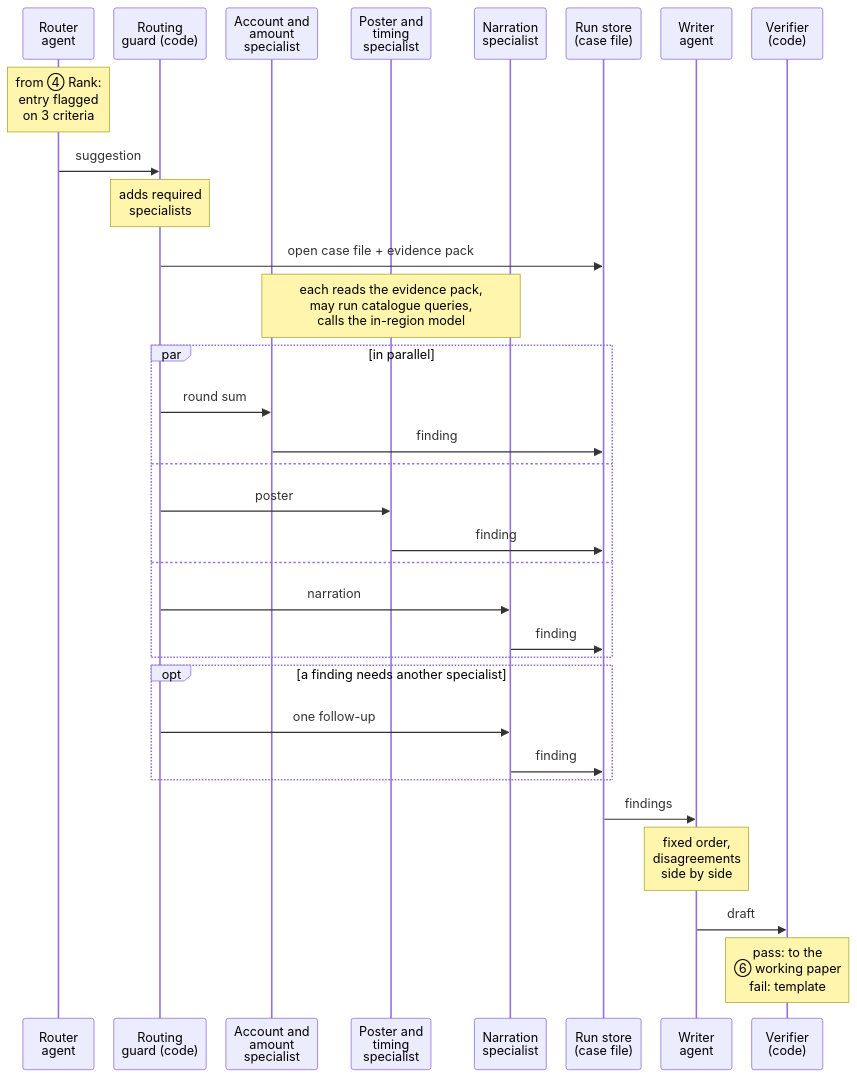
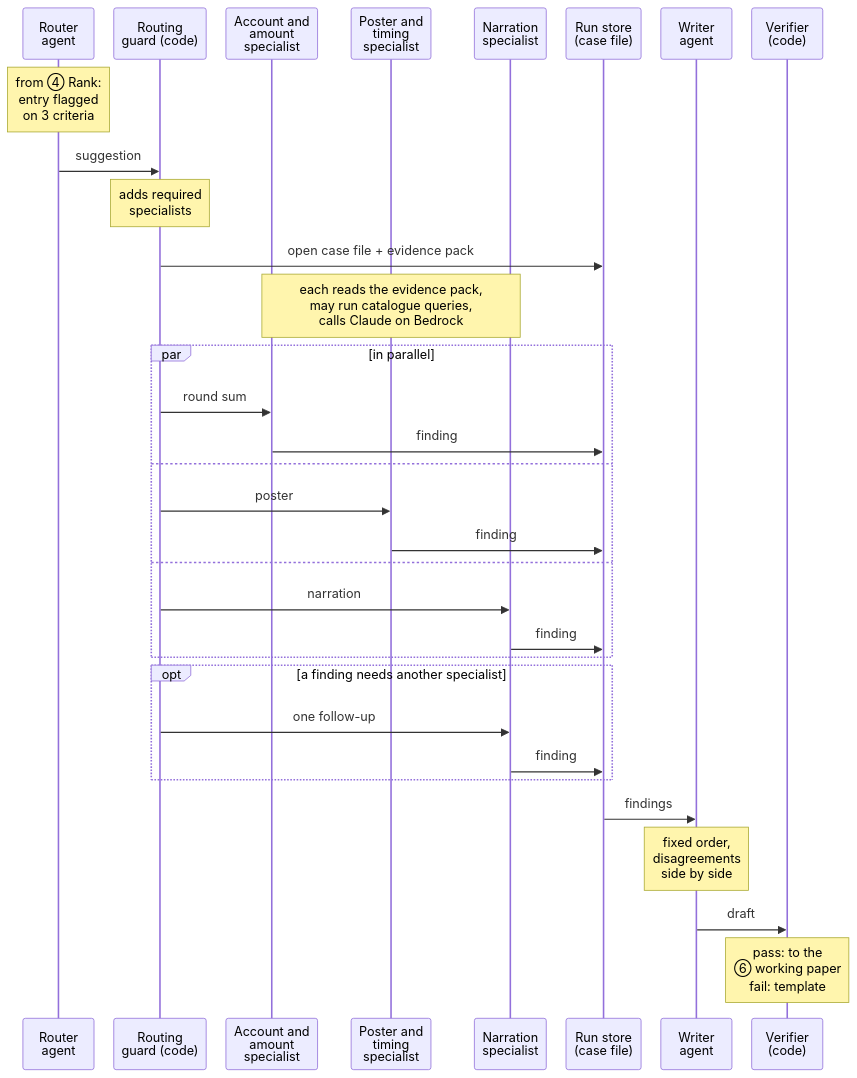
The diagram in docs/diagrams/entry-investigation.md (HashanEranga/tickmark), drawn with Mermaid before and after one commit. The commit also changed 4 other files, not shown here.

First line of the commit message:
Move hosting to two AWS regions in Japan with Claude on Bedrock

````diff
--- a/docs/diagrams/entry-investigation.md
+++ b/docs/diagrams/entry-investigation.md
@@ -5,36 +5,36 @@
 ```mermaid
 %%{init: {"sequence": {"width": 90, "actorMargin": 25}}}%%
 sequenceDiagram
     participant R as Router<br/>agent
     participant G as Routing<br/>guard (code)
     participant A as Account and<br/>amount<br/>specialist
     participant P as Poster and<br/>timing<br/>specialist
     participant N as Narration<br/>specialist
     participant S as Run store<br/>(case file)
     participant W as Writer<br/>agent
     participant V as Verifier<br/>(code)
 
     Note over R: from ④ Rank:<br/>entry flagged<br/>on 3 criteria
     R->>G: suggestion
     Note over G: adds required<br/>specialists
     G->>S: open case file + evidence pack
-    Note over A,N: each reads the evidence pack,<br/>may run catalogue queries,<br/>calls the in-region model
+    Note over A,N: each reads the evidence pack,<br/>may run catalogue queries,<br/>calls Claude on Bedrock
     par in parallel
         G->>A: round sum
         A->>S: finding
     and
         G->>P: poster
         P->>S: finding
     and
         G->>N: narration
         N->>S: finding
     end
     opt a finding needs another specialist
         G->>N: one follow-up
         N->>S: finding
     end
     S->>W: findings
     Note over W: fixed order,<br/>disagreements<br/>side by side
     W->>V: draft
     Note over V: pass: to the<br/>⑥ working paper<br/>fail: template
 ```
````
